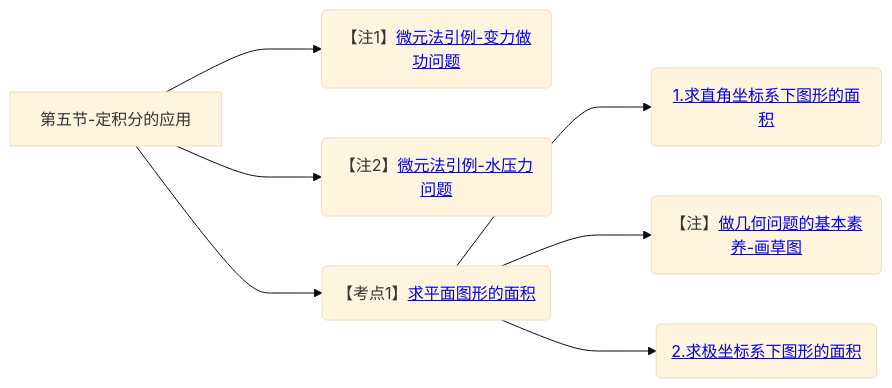
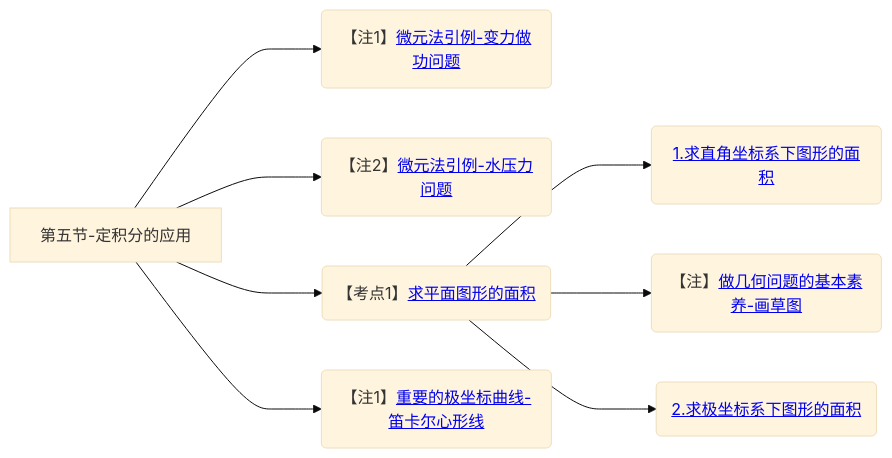
Before and after one commit to yuebinghui/note: diagram 23 of 23 in 笔记/数学/周洋鑫/01.基础班思维导图.md, drawn with Mermaid (base theme). The commit also changed 4 other files, not shown here.

````diff
--- a/笔记/数学/周洋鑫/01.基础班思维导图.md
+++ b/笔记/数学/周洋鑫/01.基础班思维导图.md
@@ -811,11 +811,13 @@
 ```mermaid
 graph LR
 第五节-定积分的应用
 
 第五节-定积分的应用--->微元法引例-变力做功问题(【注1】<a href="/Users/yuebinghui/Documents/program/github/note/笔记/数学/周洋鑫/基础班/26.微分方程_1.md#微元法引例-变力做功问题">微元法引例-变力做功问题</>)
 第五节-定积分的应用--->微元法引例-水压力问题(【注2】<a href="/Users/yuebinghui/Documents/program/github/note/笔记/数学/周洋鑫/基础班/26.微分方程_1.md#微元法引例-水压力问题">微元法引例-水压力问题</>)
 第五节-定积分的应用--->求平面图形的面积(【考点1】<a href="/Users/yuebinghui/Documents/program/github/note/笔记/数学/周洋鑫/基础班/26.微分方程_1.md#求平面图形的面积">求平面图形的面积</>)
 求平面图形的面积--->1.求直角坐标系下图形的面积(<a href="/Users/yuebinghui/Documents/program/github/note/笔记/数学/周洋鑫/基础班/26.微分方程_1.md#1.求直角坐标系下图形的面积">1.求直角坐标系下图形的面积</>)
 求平面图形的面积--->做几何问题的基本素养-画草图(【注】<a href="/Users/yuebinghui/Documents/program/github/note/笔记/数学/周洋鑫/基础班/26.微分方程_1.md#做几何问题的基本素养-画草图">做几何问题的基本素养-画草图</>)
 求平面图形的面积--->求极坐标系下图形的面积(<a href="/Users/yuebinghui/Documents/program/github/note/笔记/数学/周洋鑫/基础班/26.微分方程_1.md#求极坐标系下图形的面积">2.求极坐标系下图形的面积</>)
+
+第五节-定积分的应用--->重要的极坐标曲线-笛卡尔心形线(【注1】<a href="/Users/yuebinghui/Documents/program/github/note/笔记/数学/周洋鑫/基础班/26.微分方程_1.md#重要的极坐标曲线-笛卡尔心形线">重要的极坐标曲线-笛卡尔心形线</>)
 ```
````
